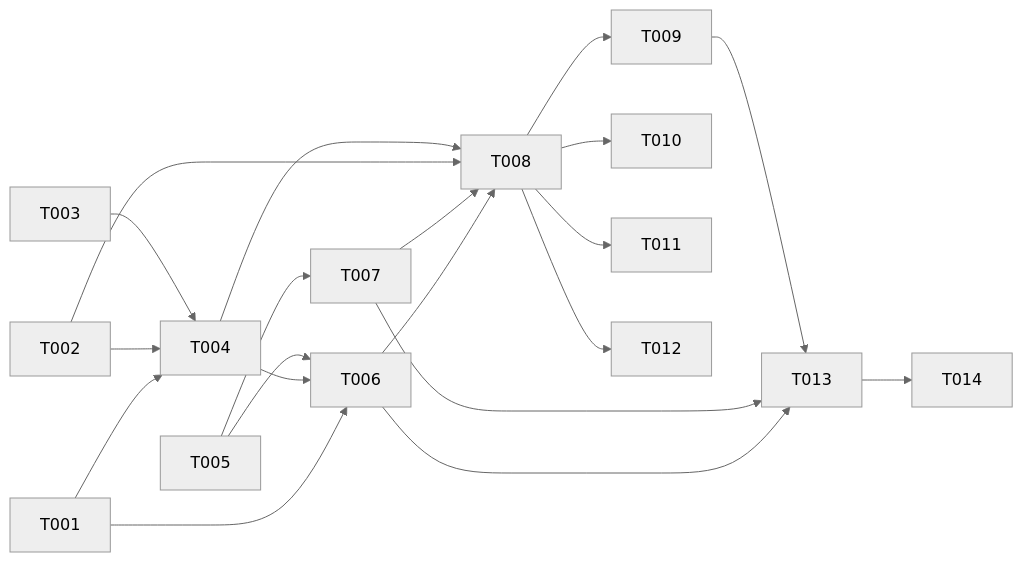
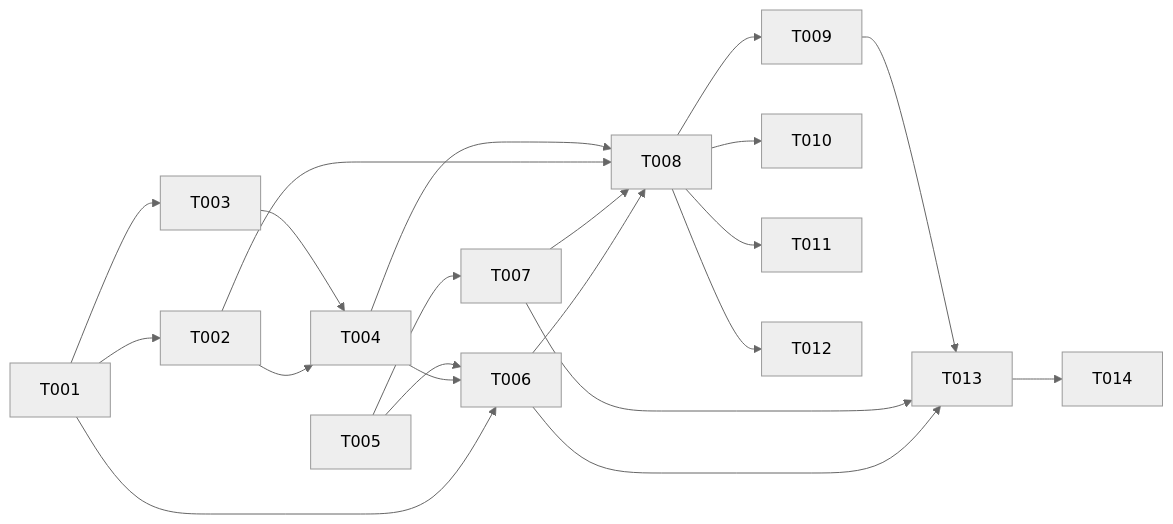
One commit to UnderUndre/undrecreaitwins changed the diagram in specs/019-feedback-loop-closure/tasks.md. Above: the diagram before and after it, drawn with Mermaid (neutral theme). The commit also changed other lines of this file and 2 other files, not shown here.

Commit message:
spec(analyze): 019-feedback-loop-closure — fix F1-F6, verdict PASS
- F1: spec deps — 'all built' → 'designed Phase 2, not implemented'
- F2: spec FR-006 — 'conversation_states' → 'conversation_feedback_states'
- F3: spec Key Entities — assistantId → personaId (Engine naming)
- F4: spec FR-001 — added recency decay formula: exp(-days/30)
- F5: accepted (Principle VII, process state)
- F6: tasks — added T001→T002 ordering for index.ts

````diff
--- a/specs/019-feedback-loop-closure/tasks.md
+++ b/specs/019-feedback-loop-closure/tasks.md
@@ -238,17 +239,18 @@
 ```mermaid
 graph LR
-    T001 --> T004
+    T001 --> T002
+    T001 --> T003
     T002 --> T004
     T003 --> T004
     T001 --> T006
     T004 --> T006
     T005 --> T006
     T005 --> T007
     T006 & T007 & T002 & T004 --> T008
     T008 --> T009
     T008 --> T010
     T008 --> T011
     T008 --> T012
     T006 & T007 & T009 --> T013
     T013 --> T014
 ```
````
